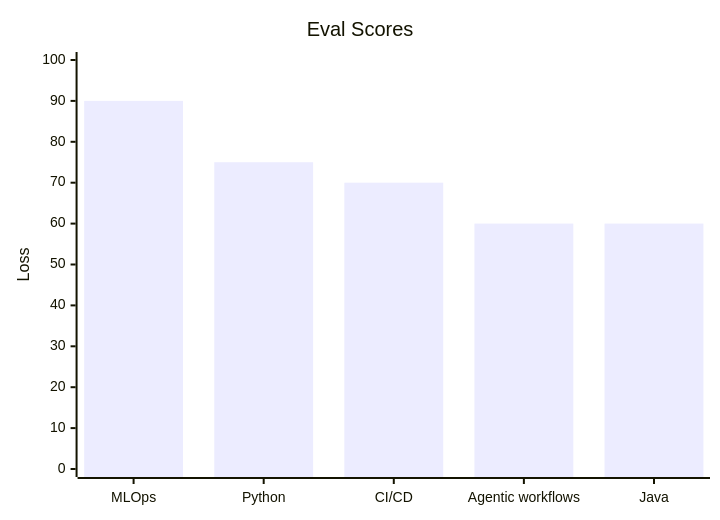
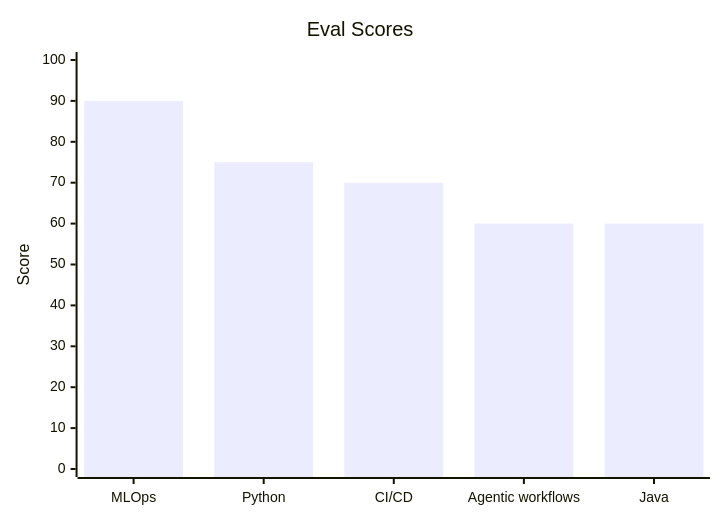
One commit to joshuaA236/joshuaA236 changed the third of 5 diagrams in README.md. Above: the diagram before and after it, drawn with Mermaid.

Commit message:
Update Score

````diff
--- a/README.md
+++ b/README.md
@@ -40,7 +40,7 @@
 ```mermaid 
 xychart-beta
     title "Eval Scores"
     x-axis ["MLOps", "Python", "CI/CD", "Agentic workflows", "Java"]
-    y-axis "Loss" 0 --> 100
+    y-axis "Score" 0 --> 100
     bar [90, 75, 70, 60, 60]
 ```
````
